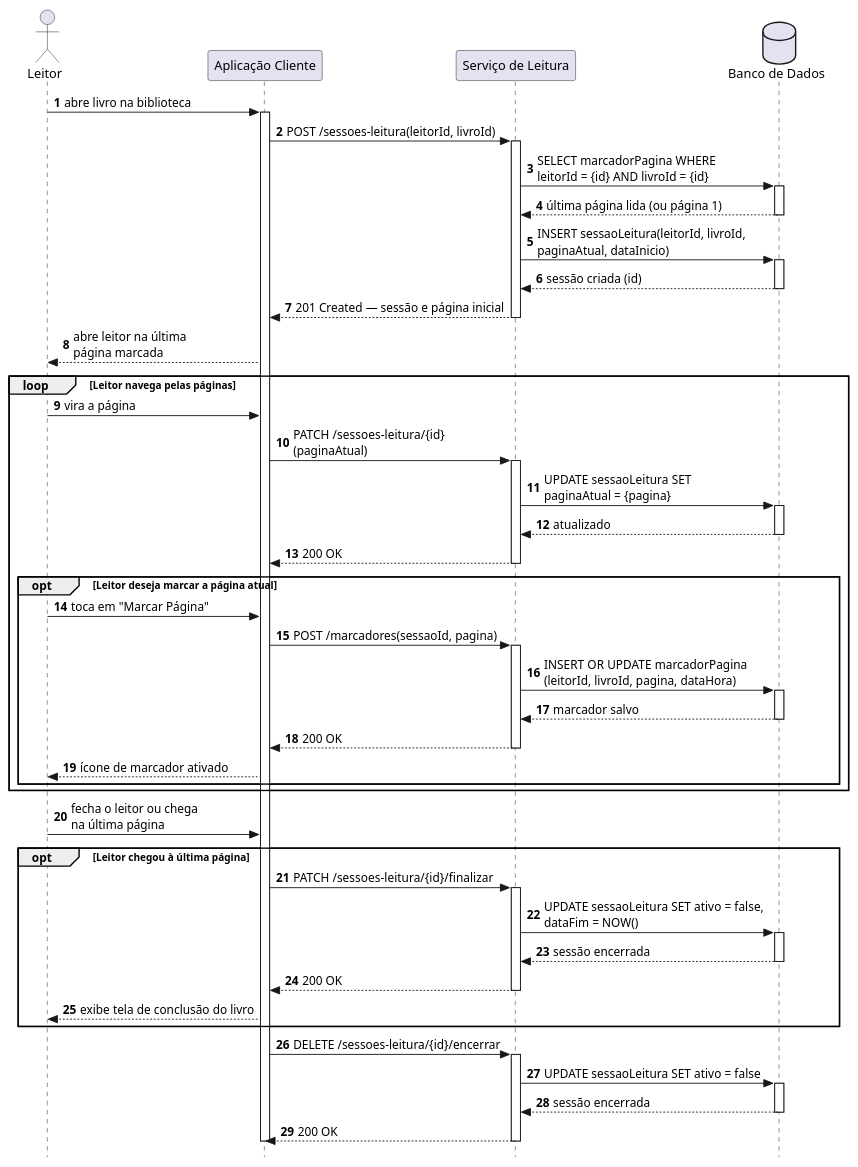
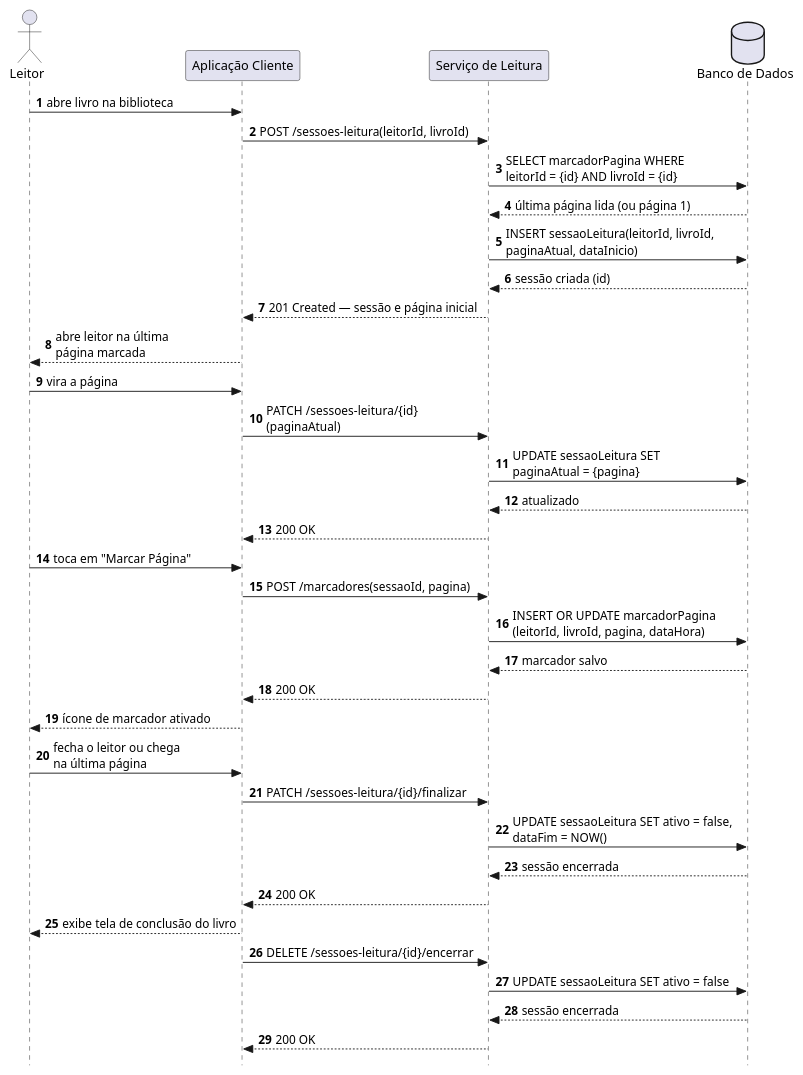
One commit to jalv21/iLib changed the diagram in docs/codigo-plantuml/diagramas-comunicacao/leitura/dc-ler_livros.puml. Above: the diagram before and after it, drawn with PlantUML.

Commit message:
docs/criando diagrama de comunicação para ler livros

```diff
--- a/docs/codigo-plantuml/diagramas-comunicacao/leitura/dc-ler_livros.puml
+++ b/docs/codigo-plantuml/diagramas-comunicacao/leitura/dc-ler_livros.puml
@@ -1,82 +1,48 @@
 @startuml ds-ler_livros
 autonumber
 skinparam style strictuml
 
 actor Leitor as "Leitor"
 participant Client         as "Aplicação Cliente"
 participant ServiceLeitura as "Serviço de Leitura"
 database    BD             as "Banco de Dados"
 
 Leitor -> Client : abre livro na biblioteca
-activate Client
 
 Client -> ServiceLeitura : POST /sessoes-leitura(leitorId, livroId)
-activate ServiceLeitura
 ServiceLeitura -> BD : SELECT marcadorPagina WHERE\nleitorId = {id} AND livroId = {id}
-activate BD
 BD --> ServiceLeitura : última página lida (ou página 1)
-deactivate BD
 ServiceLeitura -> BD : INSERT sessaoLeitura(leitorId, livroId,\npaginaAtual, dataInicio)
-activate BD
 BD --> ServiceLeitura : sessão criada (id)
-deactivate BD
 ServiceLeitura --> Client : 201 Created — sessão e página inicial
-deactivate ServiceLeitura
 
 Client --> Leitor : abre leitor na última\npágina marcada
 
-loop Leitor navega pelas páginas
-    Leitor -> Client : vira a página
-    Client -> ServiceLeitura : PATCH /sessoes-leitura/{id}\n(paginaAtual)
-    activate ServiceLeitura
-    ServiceLeitura -> BD : UPDATE sessaoLeitura SET\npaginaAtual = {pagina}
-    activate BD
-    BD --> ServiceLeitura : atualizado
-    deactivate BD
-    ServiceLeitura --> Client : 200 OK
-    deactivate ServiceLeitura
+Leitor -> Client : vira a página
+Client -> ServiceLeitura : PATCH /sessoes-leitura/{id}\n(paginaAtual)
+ServiceLeitura -> BD : UPDATE sessaoLeitura SET\npaginaAtual = {pagina}
+BD --> ServiceLeitura : atualizado
+ServiceLeitura --> Client : 200 OK
 
-    ' ── extend: marcar_pagina (opcional) ─
-    opt Leitor deseja marcar a página atual
-        Leitor -> Client : toca em "Marcar Página"
-        Client -> ServiceLeitura : POST /marcadores(sessaoId, pagina)
-        activate ServiceLeitura
-        ServiceLeitura -> BD : INSERT OR UPDATE marcadorPagina\n(leitorId, livroId, pagina, dataHora)
-        activate BD
-        BD --> ServiceLeitura : marcador salvo
-        deactivate BD
-        ServiceLeitura --> Client : 200 OK
-        deactivate ServiceLeitura
-        Client --> Leitor : ícone de marcador ativado
-    end
-    ' ─────────────────────────────────────
-end
+Leitor -> Client : toca em "Marcar Página"
+Client -> ServiceLeitura : POST /marcadores(sessaoId, pagina)
+ServiceLeitura -> BD : INSERT OR UPDATE marcadorPagina\n(leitorId, livroId, pagina, dataHora)
+BD --> ServiceLeitura : marcador salvo
+ServiceLeitura --> Client : 200 OK
+Client --> Leitor : ícone de marcador ativado
 
 Leitor -> Client : fecha o leitor ou chega\nna última página
 
-' ── extend: finalizar_livro (opcional) ───
-opt Leitor chegou à última página
-    Client -> ServiceLeitura : PATCH /sessoes-leitura/{id}/finalizar
-    activate ServiceLeitura
-    ServiceLeitura -> BD : UPDATE sessaoLeitura SET ativo = false,\ndataFim = NOW()
-    activate BD
-    BD --> ServiceLeitura : sessão encerrada
-    deactivate BD
-    ServiceLeitura --> Client : 200 OK
-    deactivate ServiceLeitura
-    Client --> Leitor : exibe tela de conclusão do livro
-end
-' ─────────────────────────────────────────
+Client -> ServiceLeitura : PATCH /sessoes-leitura/{id}/finalizar
+ServiceLeitura -> BD : UPDATE sessaoLeitura SET ativo = false,\ndataFim = NOW()
+BD --> ServiceLeitura : sessão encerrada
+ServiceLeitura --> Client : 200 OK
+Client --> Leitor : exibe tela de conclusão do livro
 
 Client -> ServiceLeitura : DELETE /sessoes-leitura/{id}/encerrar
-activate ServiceLeitura
 ServiceLeitura -> BD : UPDATE sessaoLeitura SET ativo = false
-activate BD
 BD --> ServiceLeitura : sessão encerrada
-deactivate BD
 ServiceLeitura --> Client : 200 OK
-deactivate ServiceLeitura
 
-deactivate Client
 
 @enduml
```
